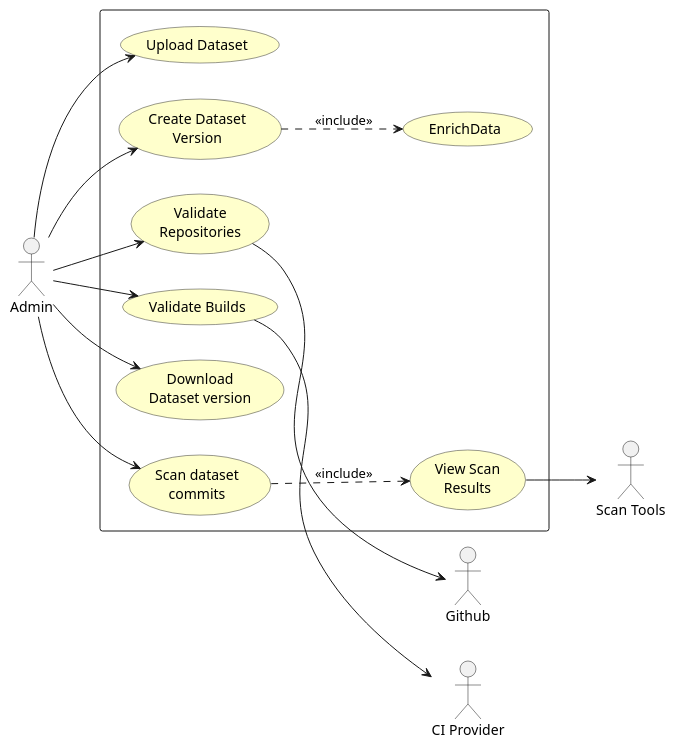
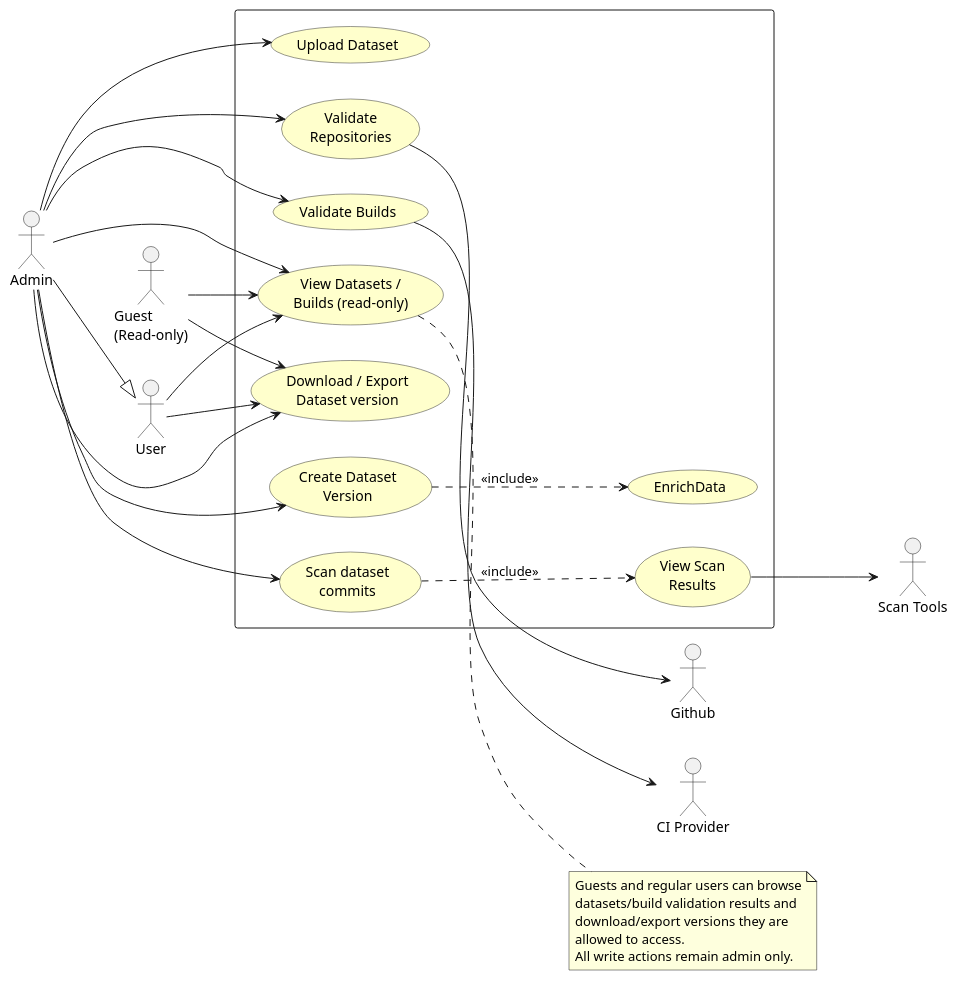
One commit to hung-org-117/build-risk-dashboard changed the diagram in diagrams/uc_04_manage_datasets.puml. Above: the diagram before and after it, drawn with PlantUML. The commit also changed 46 other files, not shown here.

```diff
--- a/diagrams/uc_04_manage_datasets.puml
+++ b/diagrams/uc_04_manage_datasets.puml
@@ -1,49 +1,68 @@
 @startuml
 '===============================================================
 ' UC-04: MANAGE DATASETS (Admin)
 '===============================================================
 
 skinparam actorStyle stick
 skinparam usecase {
     BorderColor #333333
     BackgroundColor #FFFFCC
 }
 
 left to right direction
 
 ' =============== ACTORS ===============
 actor "Admin" as Admin
+actor "User" as User
+actor "Guest\n(Read-only)" as Guest
 actor "Github" as Github
 actor "CI Provider" as CI
 actor "Scan Tools" as ScanTools
+Admin --|> User
 
 ' =============== SYSTEM BOUNDARY ===============
 rectangle {
+    usecase "View Datasets /\nBuilds (read-only)" as UC_View
     usecase "Upload Dataset" as UC_Upload
     usecase "Validate\nRepositories" as UC_ValidateRepos
     usecase "Validate Builds" as UC_ValidateBuilds
     usecase "Create Dataset\nVersion" as UC_CreateVersion
     usecase "EnrichData" as UC_Enrich
-    usecase "Download\nDataset version" as UC_Download
+    usecase "Download / Export\nDataset version" as UC_Download
     usecase "Scan dataset\ncommits" as UC_ScanCommits
     usecase "View Scan\nResults" as UC_ViewScanResults
 }
 
 ' =============== ADMIN ASSOCIATIONS ===============
+Admin --> UC_View
 Admin --> UC_Upload
 Admin --> UC_ValidateRepos
 Admin --> UC_ValidateBuilds
 Admin --> UC_CreateVersion
 Admin --> UC_Download
 Admin --> UC_ScanCommits
+
+' =============== USER / GUEST VIEW ACCESS ===============
+User --> UC_View
+Guest --> UC_View
+User --> UC_Download
+Guest --> UC_Download
 
 ' =============== RELATIONSHIPS ===============
 UC_CreateVersion ..> UC_Enrich : <<include>>
 UC_ScanCommits ..> UC_ViewScanResults : <<include>>
 
 ' =============== EXTERNAL SYSTEM CONNECTIONS ===============
 UC_ValidateRepos --> Github
 UC_ValidateBuilds --> CI
 UC_ViewScanResults --> ScanTools
 
+note right of UC_View
+  Guests and regular users can browse
+  datasets/build validation results and
+  download/export versions they are
+  allowed to access.
+  All write actions remain admin only.
+end note
+
 @enduml
```
